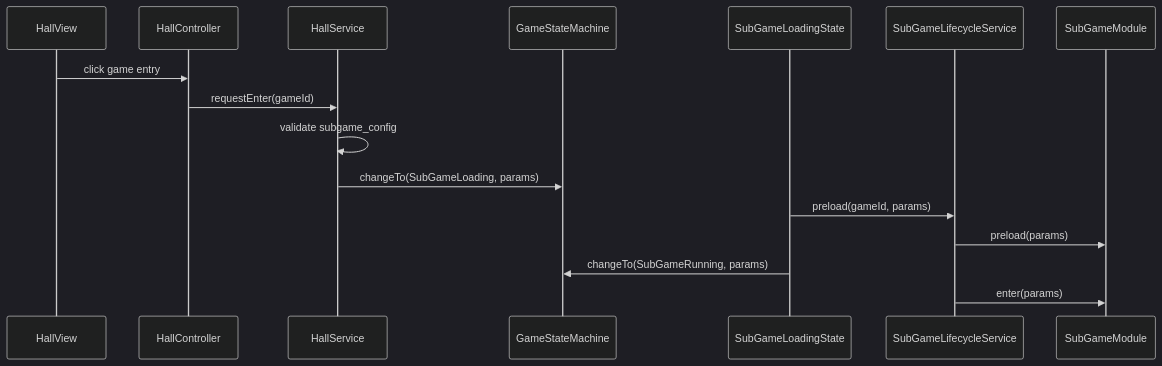
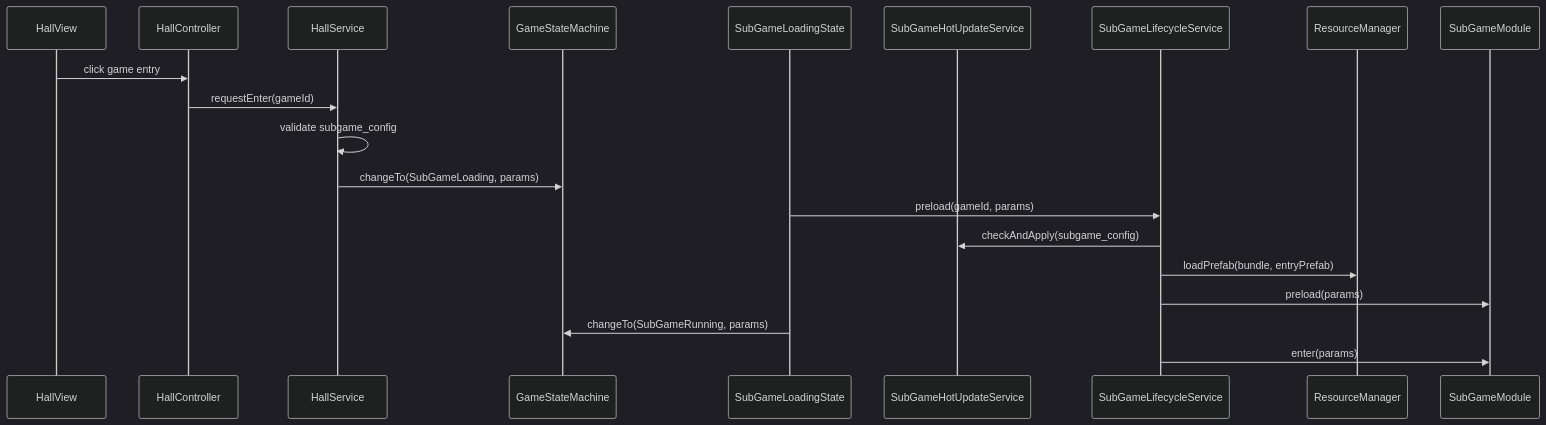
Before and after one commit to pptudoukang-netizen/framework: the second of 3 diagrams in docs/systems/15_HALL_SUBGAME_SYSTEM.md, drawn with Mermaid (dark theme). The commit also changed other lines of this file and 120 other files, not shown here.

````diff
--- a/docs/systems/15_HALL_SUBGAME_SYSTEM.md
+++ b/docs/systems/15_HALL_SUBGAME_SYSTEM.md
@@ -240,19 +275,23 @@
 ```mermaid
 sequenceDiagram
   participant HallUI as HallView
   participant HallCtrl as HallController
   participant Hall as HallService
   participant FSM as GameStateMachine
   participant Loading as SubGameLoadingState
+  participant Update as SubGameHotUpdateService
   participant Lifecycle as SubGameLifecycleService
+  participant Res as ResourceManager
   participant Game as SubGameModule
 
   HallUI->>HallCtrl: click game entry
   HallCtrl->>Hall: requestEnter(gameId)
   Hall->>Hall: validate subgame_config
   Hall->>FSM: changeTo(SubGameLoading, params)
   Loading->>Lifecycle: preload(gameId, params)
+  Lifecycle->>Update: checkAndApply(subgame_config)
+  Lifecycle->>Res: loadPrefab(bundle, entryPrefab)
   Lifecycle->>Game: preload(params)
   Loading->>FSM: changeTo(SubGameRunning, params)
   Lifecycle->>Game: enter(params)
 ```
````
